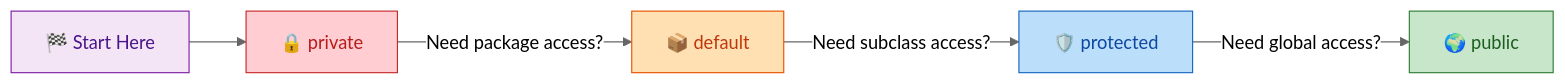
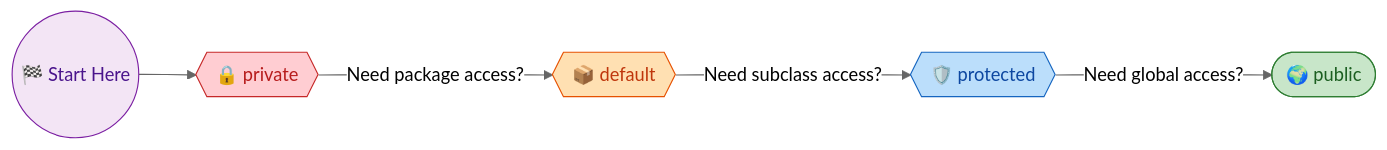
One commit to saivamsikaruturi/vamsilabs-dev-notes-main changed the third of 3 diagrams in docs/java/AccessModifiers.md. Above: the diagram before and after it, drawn with Mermaid (neutral theme). The commit also changed other lines of this file and 146 other files, not shown here.

Commit message:
Horizontal diagrams, UML class diagrams, typography overhaul, and permalink cleanup

````diff
--- a/docs/java/AccessModifiers.md
+++ b/docs/java/AccessModifiers.md
@@ -149,13 +149,13 @@
 ```mermaid
 flowchart LR
-    START["🏁 Start Here"]:::start --> PRIV["🔒 private"]:::red
-    PRIV -->|"Need package access?"| DEF["📦 default"]:::orange
-    DEF -->|"Need subclass access?"| PROT["🛡️ protected"]:::blue
-    PROT -->|"Need global access?"| PUB["🌍 public"]:::green
+    START(("🏁 Start Here")):::start --> PRIV{{"🔒 private"}}:::red
+    PRIV -->|"Need package access?"| DEF{{"📦 default"}}:::orange
+    DEF -->|"Need subclass access?"| PROT{{"🛡️ protected"}}:::blue
+    PROT -->|"Need global access?"| PUB(["🌍 public"]):::green
 
     classDef start fill:#F3E5F5,stroke:#7B1FA2,color:#4A148C
     classDef red fill:#FFCDD2,stroke:#C62828,color:#B71C1C
     classDef orange fill:#FFE0B2,stroke:#E65100,color:#BF360C
     classDef blue fill:#BBDEFB,stroke:#1565C0,color:#0D47A1
     classDef green fill:#C8E6C9,stroke:#2E7D32,color:#1B5E20
 ```
````
